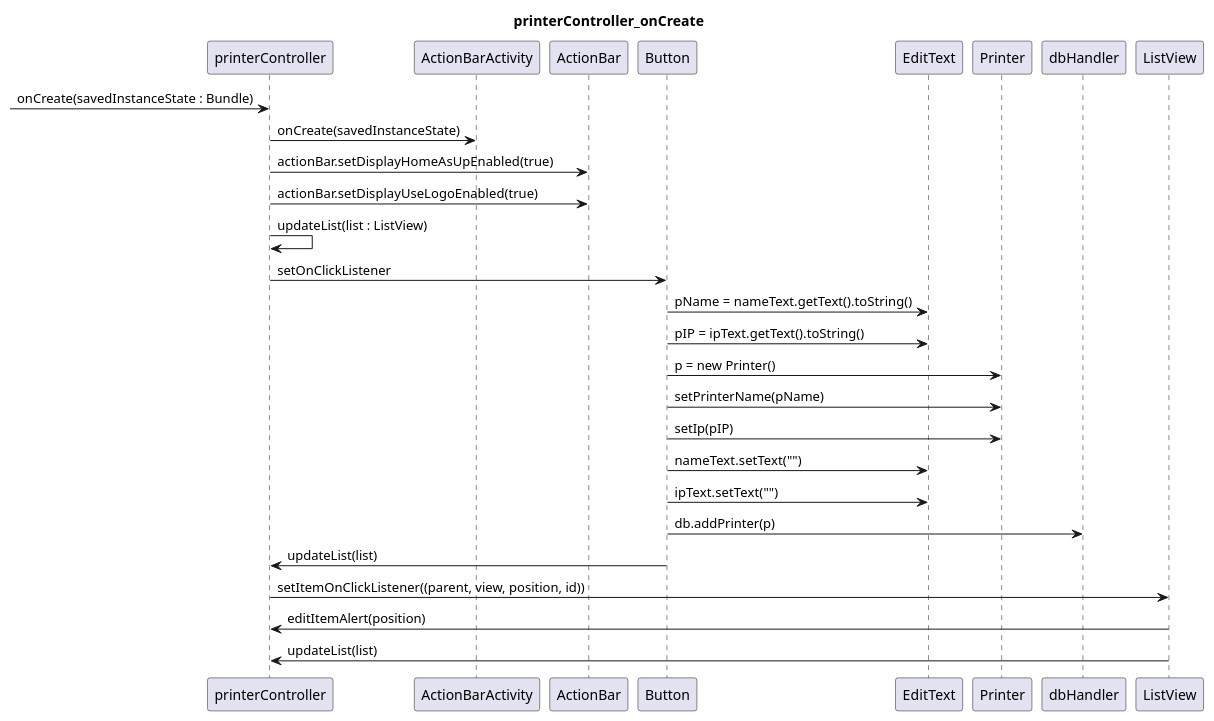
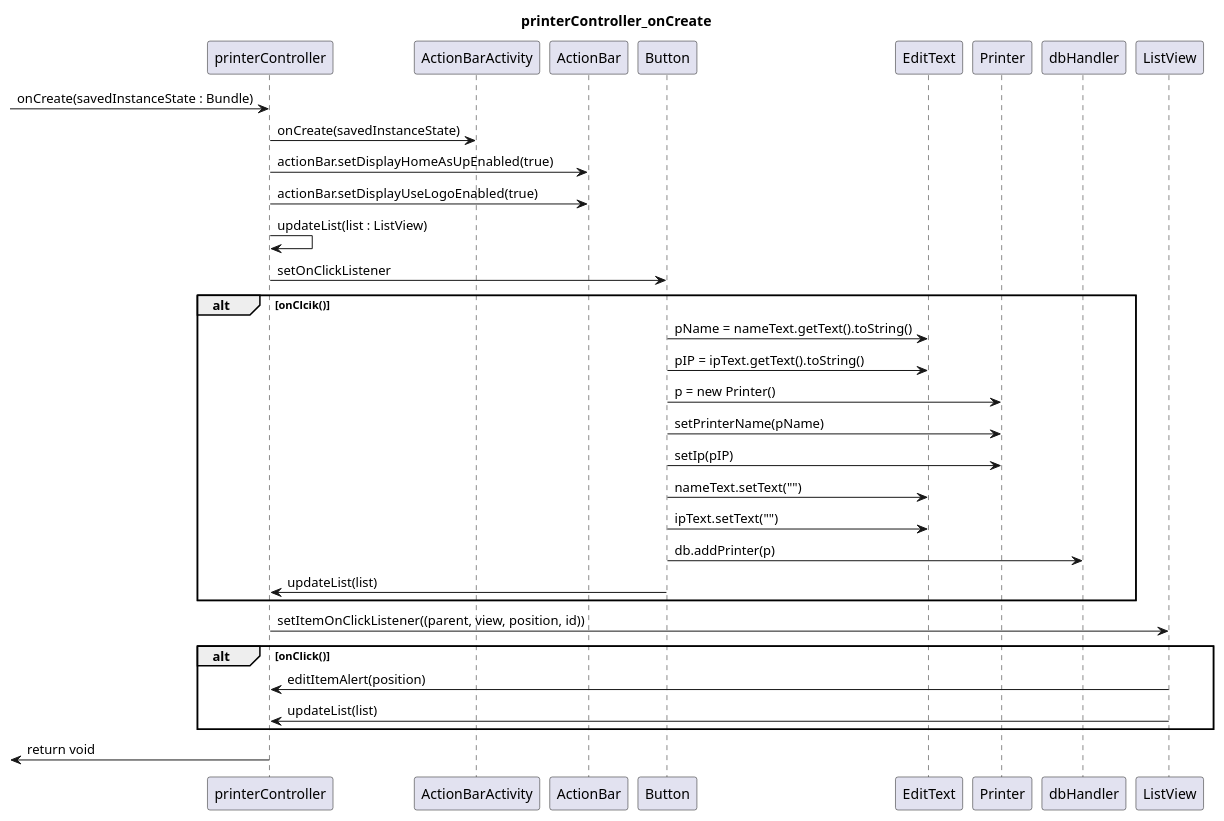
One commit to phillipjf/SNMPrint changed the diagram in app/UML/DesignSequenceDiagrams/printerController_onCreate.puml. Above: the diagram before and after it, drawn with PlantUML. The commit also changed 3 other files, not shown here.

```diff
--- a/app/UML/DesignSequenceDiagrams/printerController_onCreate.puml
+++ b/app/UML/DesignSequenceDiagrams/printerController_onCreate.puml
@@ -1,21 +1,26 @@
 @startuml
 title printerController_onCreate
 -> printerController : onCreate(savedInstanceState : Bundle)
 printerController -> ActionBarActivity : onCreate(savedInstanceState)
 printerController -> ActionBar : actionBar.setDisplayHomeAsUpEnabled(true)
 printerController -> ActionBar : actionBar.setDisplayUseLogoEnabled(true)
 printerController -> printerController : updateList(list : ListView)
 printerController -> Button : setOnClickListener
+alt onClcik()
 Button -> EditText : pName = nameText.getText().toString()
 Button -> EditText : pIP = ipText.getText().toString()
 Button -> Printer : p = new Printer()
 Button -> Printer : setPrinterName(pName)
 Button -> Printer : setIp(pIP)
 Button -> EditText : nameText.setText("")
 Button -> EditText : ipText.setText("")
 Button -> dbHandler : db.addPrinter(p)
 Button -> printerController : updateList(list)
+end
 printerController -> ListView : setItemOnClickListener((parent, view, position, id))
+alt onClick()
 ListView -> printerController : editItemAlert(position)
 ListView -> printerController : updateList(list)
+end
+<- printerController : return void
 @enduml
```
